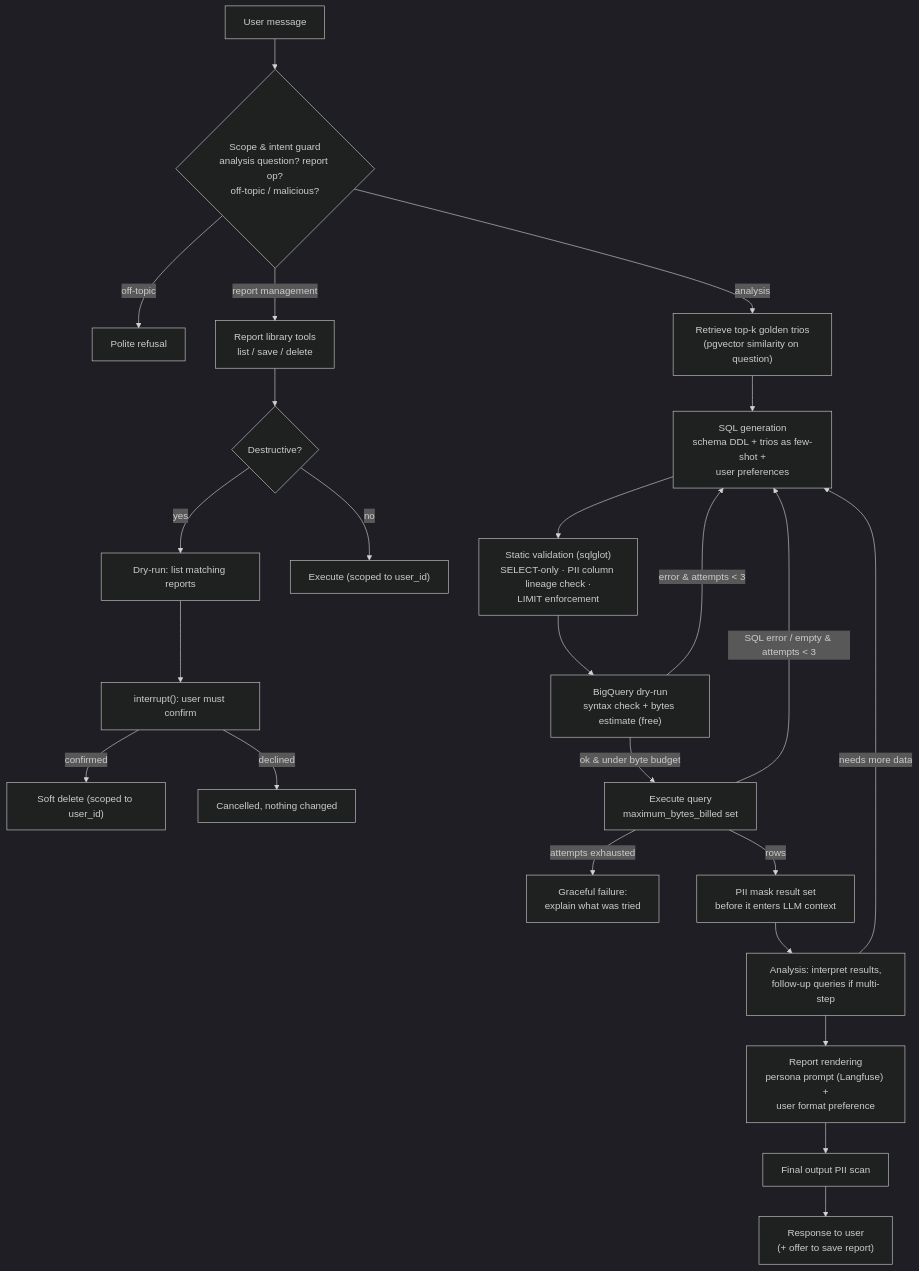
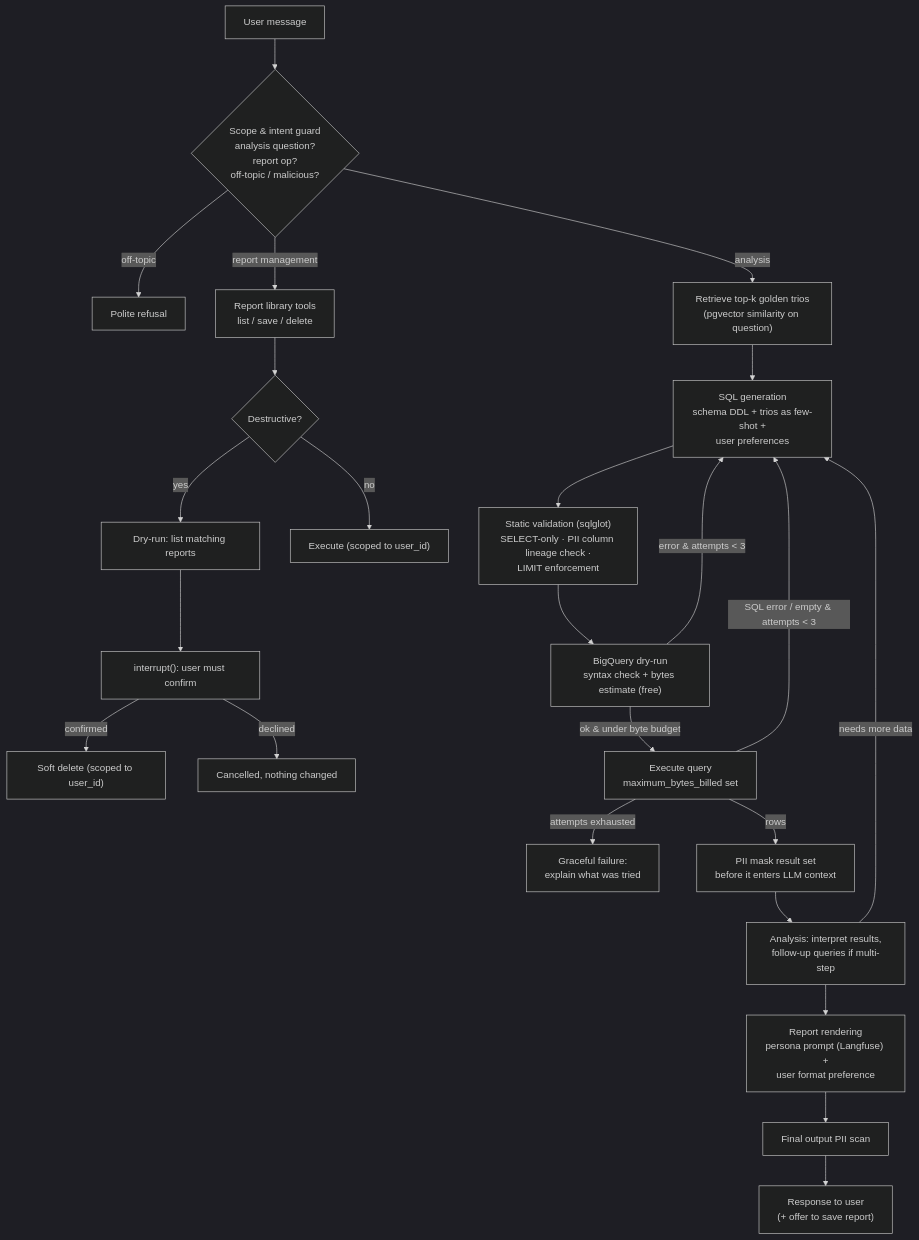
Before and after one commit to da-the-dev/opsfleet-take-home-sql-agent: the second of 3 diagrams in docs/ARCHITECTURE.md, drawn with Mermaid (dark theme). The commit also changed other lines of this file, not shown here.

Commit message:
docs: better architecture write-up

````diff
--- a/docs/ARCHITECTURE.md
+++ b/docs/ARCHITECTURE.md
@@ -67,28 +96,28 @@
 ```mermaid
 flowchart TD
-    IN["User message"] --> SCOPE{"Scope & intent guard<br/>analysis question? report op?<br/>off-topic / malicious?"}
+    IN["User message"] --> SCOPE{"Scope & intent guard<br/>analysis question?<br/>report op?<br/>off-topic / malicious?"}
     SCOPE -->|off-topic| REFUSE["Polite refusal"]
     SCOPE -->|report management| REPORTS["Report library tools<br/>list / save / delete"]
     SCOPE -->|analysis| RETRIEVE["Retrieve top-k golden trios<br/>(pgvector similarity on question)"]
 
     REPORTS --> DESTRUCT{"Destructive?"}
     DESTRUCT -->|yes| DRYRUN_DEL["Dry-run: list matching reports"]
     DRYRUN_DEL --> INTERRUPT["interrupt(): user must confirm"]
     INTERRUPT -->|confirmed| SOFTDEL["Soft delete (scoped to user_id)"]
     INTERRUPT -->|declined| CANCEL["Cancelled, nothing changed"]
     DESTRUCT -->|no| REPORT_OP["Execute (scoped to user_id)"]
 
     RETRIEVE --> SQLGEN["SQL generation<br/>schema DDL + trios as few-shot +<br/>user preferences"]
     SQLGEN --> VALIDATE["Static validation (sqlglot)<br/>SELECT-only · PII column lineage check ·<br/>LIMIT enforcement"]
     VALIDATE --> DRYRUN["BigQuery dry-run<br/>syntax check + bytes estimate (free)"]
     DRYRUN -->|error & attempts < 3| SQLGEN
     DRYRUN -->|ok & under byte budget| EXEC["Execute query<br/>maximum_bytes_billed set"]
     EXEC -->|SQL error / empty & attempts < 3| SQLGEN
     EXEC -->|attempts exhausted| GIVEUP["Graceful failure:<br/>explain what was tried"]
     EXEC -->|rows| MASK["PII mask result set<br/>before it enters LLM context"]
     MASK --> ANALYZE["Analysis: interpret results,<br/>follow-up queries if multi-step"]
     ANALYZE -->|needs more data| SQLGEN
     ANALYZE --> RENDER["Report rendering<br/>persona prompt (Langfuse) +<br/>user format preference"]
     RENDER --> OUTSCAN["Final output PII scan"]
     OUTSCAN --> OUT["Response to user<br/>(+ offer to save report)"]
 ```
````
